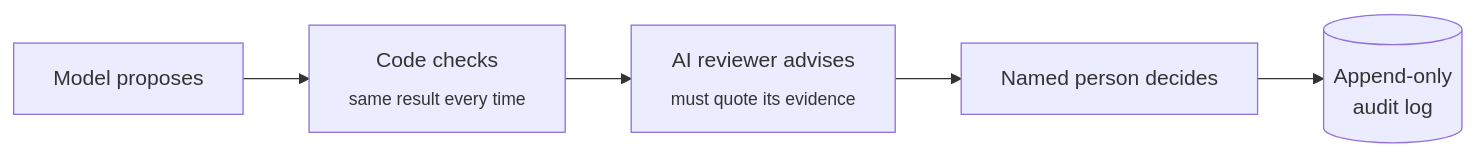
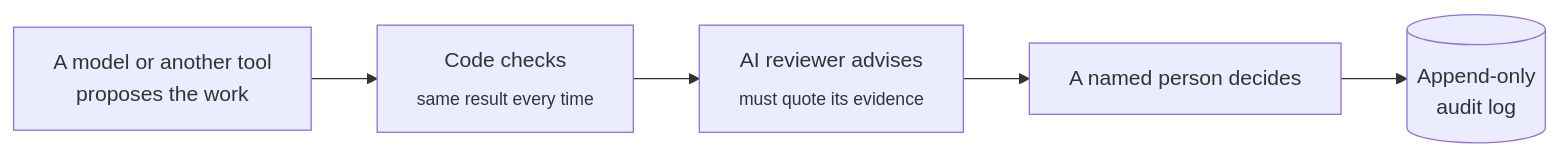
One commit to tomxander/zyn changed the diagram in README.md. Above: the diagram before and after it, drawn with Mermaid. The commit also changed other lines of this file and 2 other files, not shown here.

````diff
--- a/README.md
+++ b/README.md
@@ -42,7 +90,7 @@
 ```mermaid
 flowchart LR
-    A["Model proposes"] --> B["Code checks<br/><sub>same result every time</sub>"]
+    A["A model or another tool<br/>proposes the work"] --> B["Code checks<br/><sub>same result every time</sub>"]
     B --> C["AI reviewer advises<br/><sub>must quote its evidence</sub>"]
-    C --> D["Named person decides"]
+    C --> D["A named person decides"]
     D --> E[("Append-only<br/>audit log")]
 ```
````
